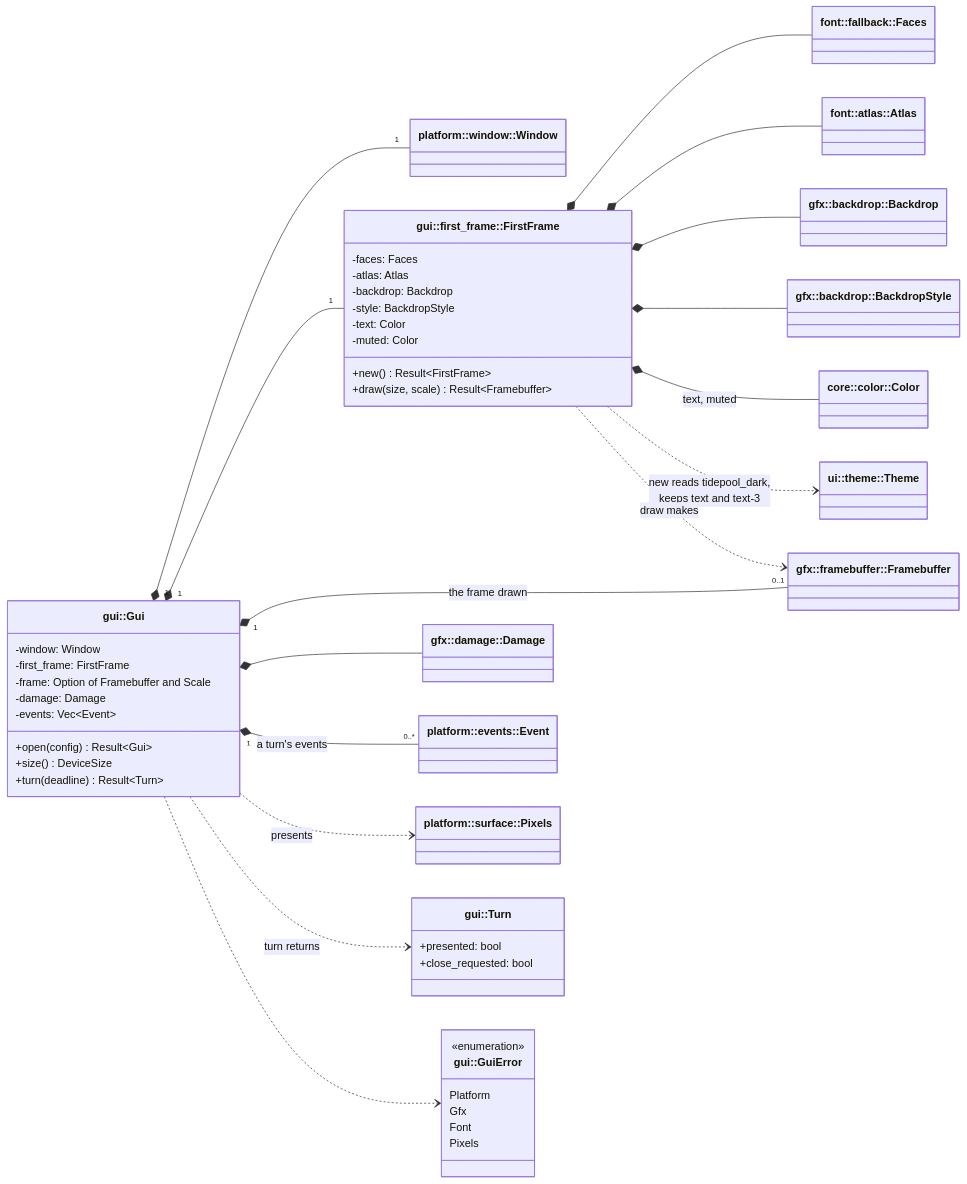
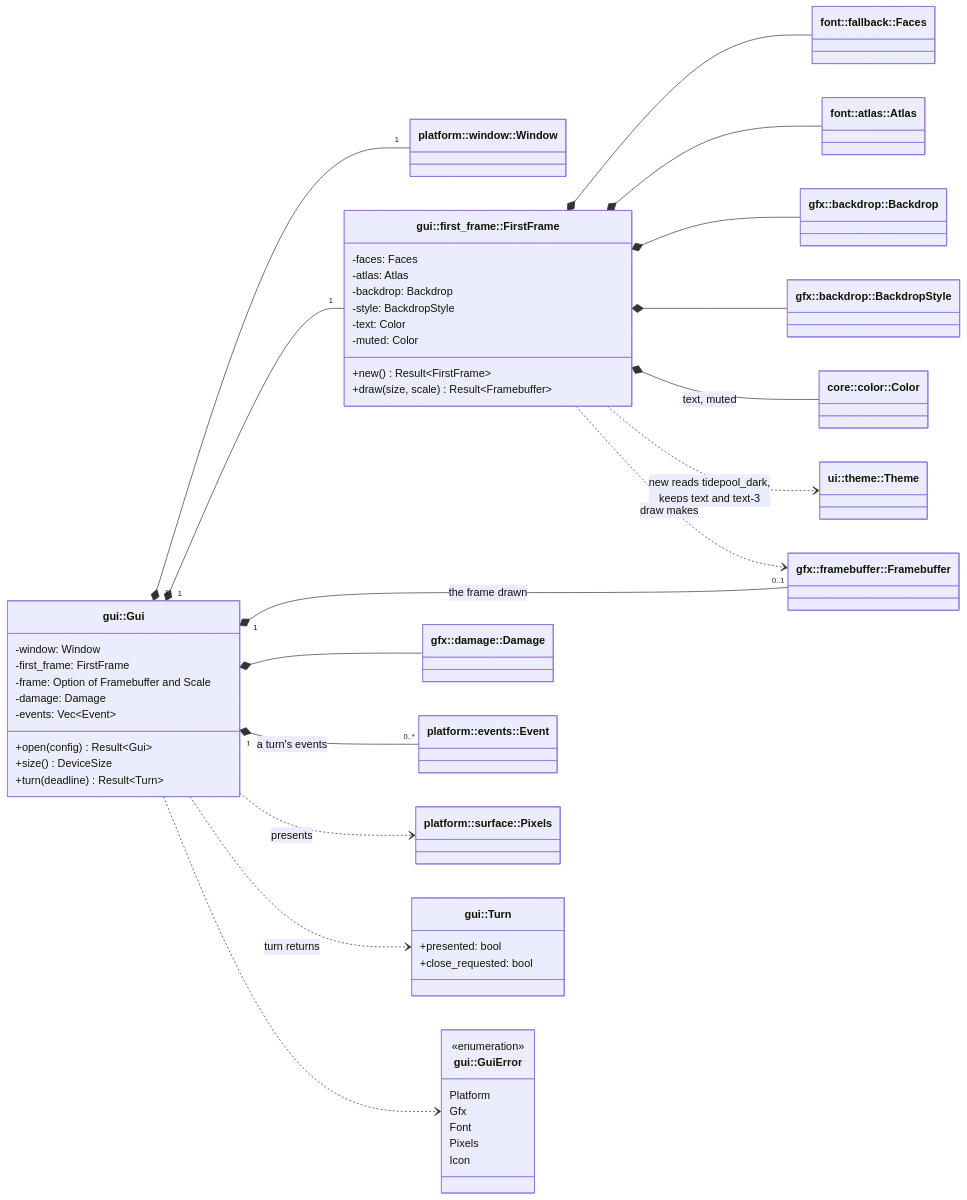
Diagram 41 of 46 in diagrams/class-diagrams.md (jabbott-iii/Tidepool), drawn with Mermaid before and after one commit. The commit also changed other lines of this file and 51 other files, not shown here.

````diff
--- a/diagrams/class-diagrams.md
+++ b/diagrams/class-diagrams.md
@@ -3554,62 +3555,63 @@
 ```mermaid
 classDiagram
     direction LR
     class Gui["gui::Gui"] {
         -window: Window
         -first_frame: FirstFrame
         -frame: Option of Framebuffer and Scale
         -damage: Damage
         -events: Vec~Event~
         +open(config) Result~Gui~
         +size() DeviceSize
         +turn(deadline) Result~Turn~
     }
     class Turn["gui::Turn"] {
         +presented: bool
         +close_requested: bool
     }
     class FirstFrame["gui::first_frame::FirstFrame"] {
         -faces: Faces
         -atlas: Atlas
         -backdrop: Backdrop
         -style: BackdropStyle
         -text: Color
         -muted: Color
         +new() Result~FirstFrame~
         +draw(size, scale) Result~Framebuffer~
     }
     class GuiError["gui::GuiError"] {
         <<enumeration>>
         Platform
         Gfx
         Font
         Pixels
+        Icon
     }
     class Window["platform::window::Window"]
     class Event["platform::events::Event"]
     class Pixels["platform::surface::Pixels"]
     class Framebuffer["gfx::framebuffer::Framebuffer"]
     class Damage["gfx::damage::Damage"]
     class Backdrop["gfx::backdrop::Backdrop"]
     class BackdropStyle["gfx::backdrop::BackdropStyle"]
     class Faces["font::fallback::Faces"]
     class Atlas["font::atlas::Atlas"]
     class Theme["ui::theme::Theme"]
     class Color["core::color::Color"]
 
     Gui "1" *-- "1" Window
     Gui "1" *-- "1" FirstFrame
     Gui "1" *-- "0..1" Framebuffer : the frame drawn
     Gui *-- Damage
     Gui "1" *-- "0..*" Event : a turn's events
     Gui ..> Pixels : presents
     Gui ..> Turn : turn returns
     Gui ..> GuiError
     FirstFrame *-- Faces
     FirstFrame *-- Atlas
     FirstFrame *-- Backdrop
     FirstFrame *-- BackdropStyle
     FirstFrame *-- Color : text, muted
     FirstFrame ..> Theme : new reads tidepool_dark,<br/>keeps text and text-3
     FirstFrame ..> Framebuffer : draw makes
 ```
````
